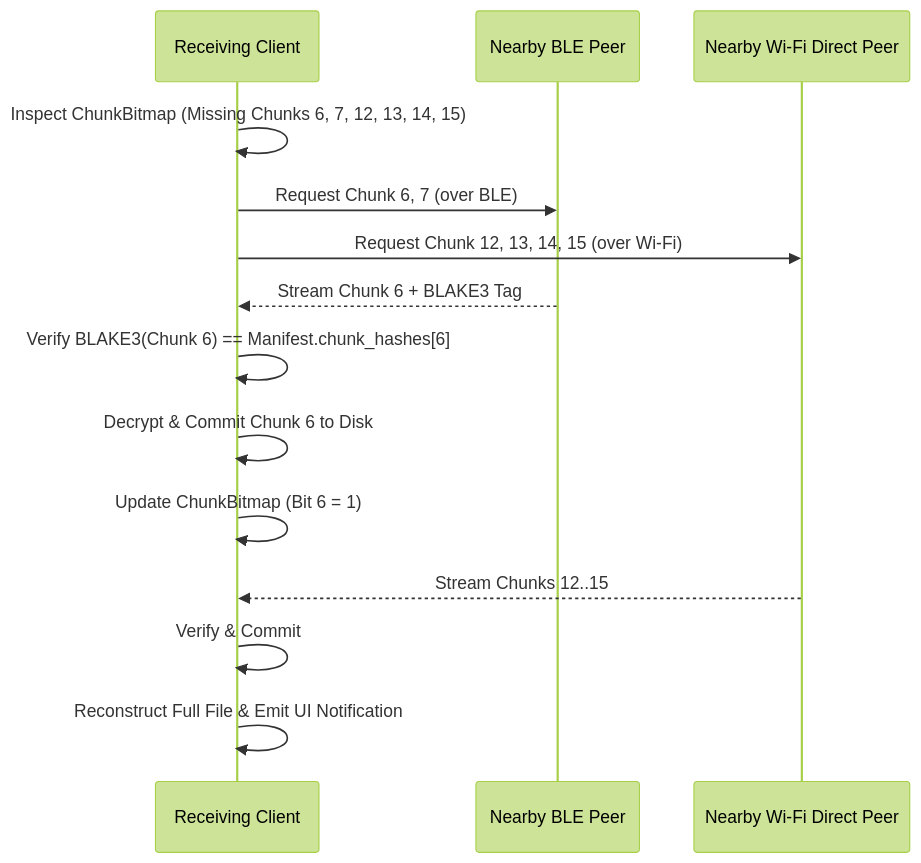
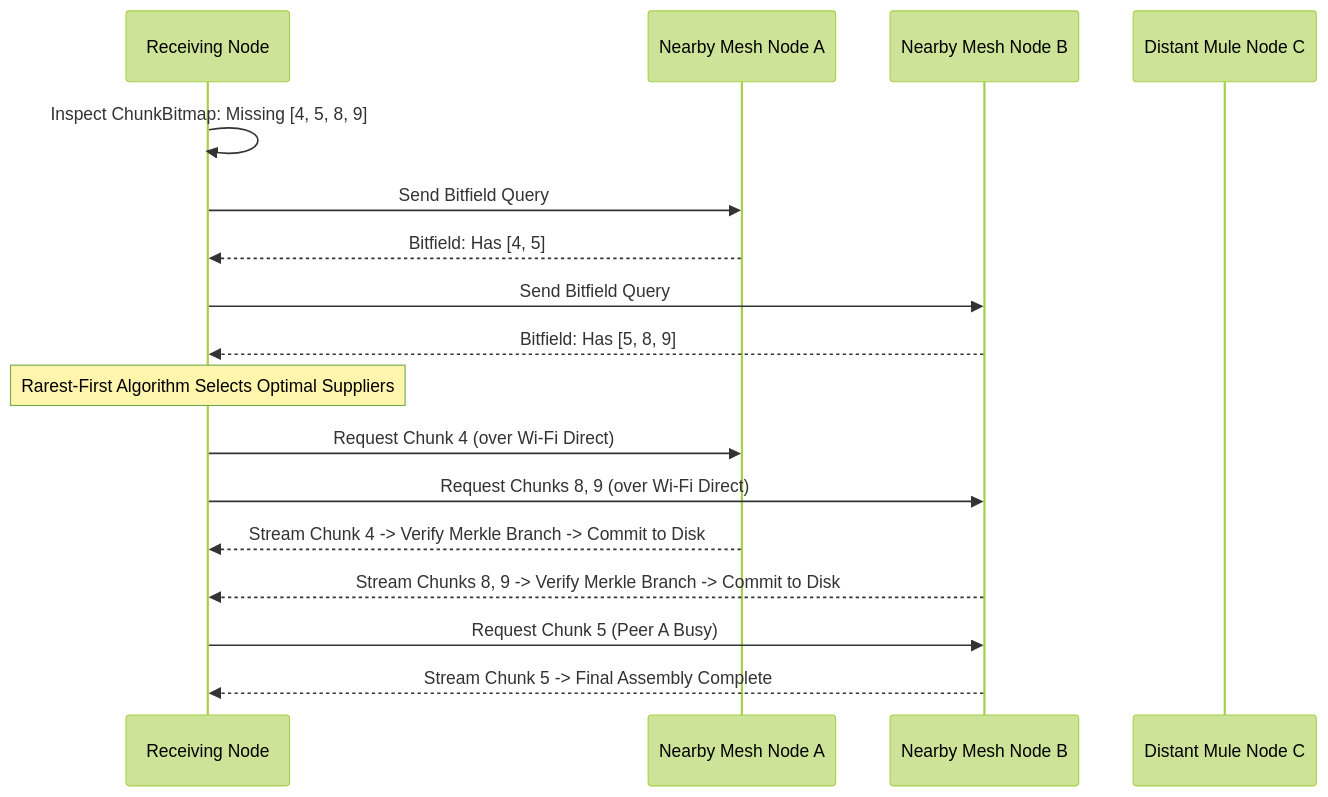
One commit to irshadali5/siar changed the diagram in wiki/09-Robust-Blob-Storage-and-Chunk-Transfers.md. Above: the diagram before and after it, drawn with Mermaid (forest theme). The commit also changed other lines of this file, not shown here.

Commit message:
docs(wiki-09): update robust blob storage and chunk transfers specification

````diff
--- a/wiki/09-Robust-Blob-Storage-and-Chunk-Transfers.md
+++ b/wiki/09-Robust-Blob-Storage-and-Chunk-Transfers.md
@@ -49,17 +85,21 @@
 ```mermaid
 sequenceDiagram
-    participant Receiver as Receiving Client
-    participant PeerA as Nearby BLE Peer
-    participant PeerB as Nearby Wi-Fi Direct Peer
+    participant Receiver as Receiving Node
+    participant PeerA as Nearby Mesh Node A
+    participant PeerB as Nearby Mesh Node B
+    participant PeerC as Distant Mule Node C
 
-    Receiver->>Receiver: Inspect ChunkBitmap (Missing Chunks 6, 7, 12, 13, 14, 15)
-    Receiver->>PeerA: Request Chunk 6, 7 (over BLE)
-    Receiver->>PeerB: Request Chunk 12, 13, 14, 15 (over Wi-Fi)
-    PeerA-->>Receiver: Stream Chunk 6 + BLAKE3 Tag
-    Receiver->>Receiver: Verify BLAKE3(Chunk 6) == Manifest.chunk_hashes[6]
-    Receiver->>Receiver: Decrypt & Commit Chunk 6 to Disk
-    Receiver->>Receiver: Update ChunkBitmap (Bit 6 = 1)
-    PeerB-->>Receiver: Stream Chunks 12..15
-    Receiver->>Receiver: Verify & Commit
-    Receiver->>Receiver: Reconstruct Full File & Emit UI Notification
+    Receiver->>Receiver: Inspect ChunkBitmap: Missing [4, 5, 8, 9]
+    Receiver->>PeerA: Send Bitfield Query
+    PeerA-->>Receiver: Bitfield: Has [4, 5]
+    Receiver->>PeerB: Send Bitfield Query
+    PeerB-->>Receiver: Bitfield: Has [5, 8, 9]
+    
+    Note over Receiver: Rarest-First Algorithm Selects Optimal Suppliers
+    Receiver->>PeerA: Request Chunk 4 (over Wi-Fi Direct)
+    Receiver->>PeerB: Request Chunks 8, 9 (over Wi-Fi Direct)
+    PeerA-->>Receiver: Stream Chunk 4 -> Verify Merkle Branch -> Commit to Disk
+    PeerB-->>Receiver: Stream Chunks 8, 9 -> Verify Merkle Branch -> Commit to Disk
+    Receiver->>PeerB: Request Chunk 5 (Peer A Busy)
+    PeerB-->>Receiver: Stream Chunk 5 -> Final Assembly Complete
 ```
````
